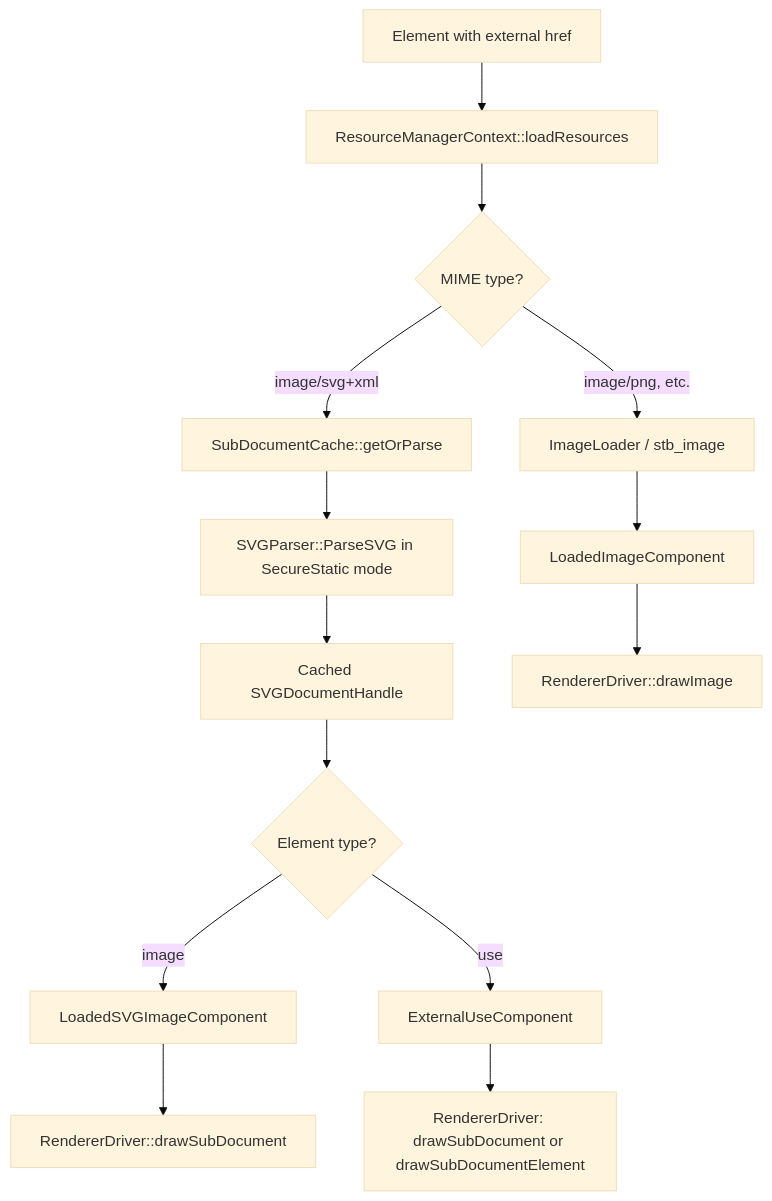
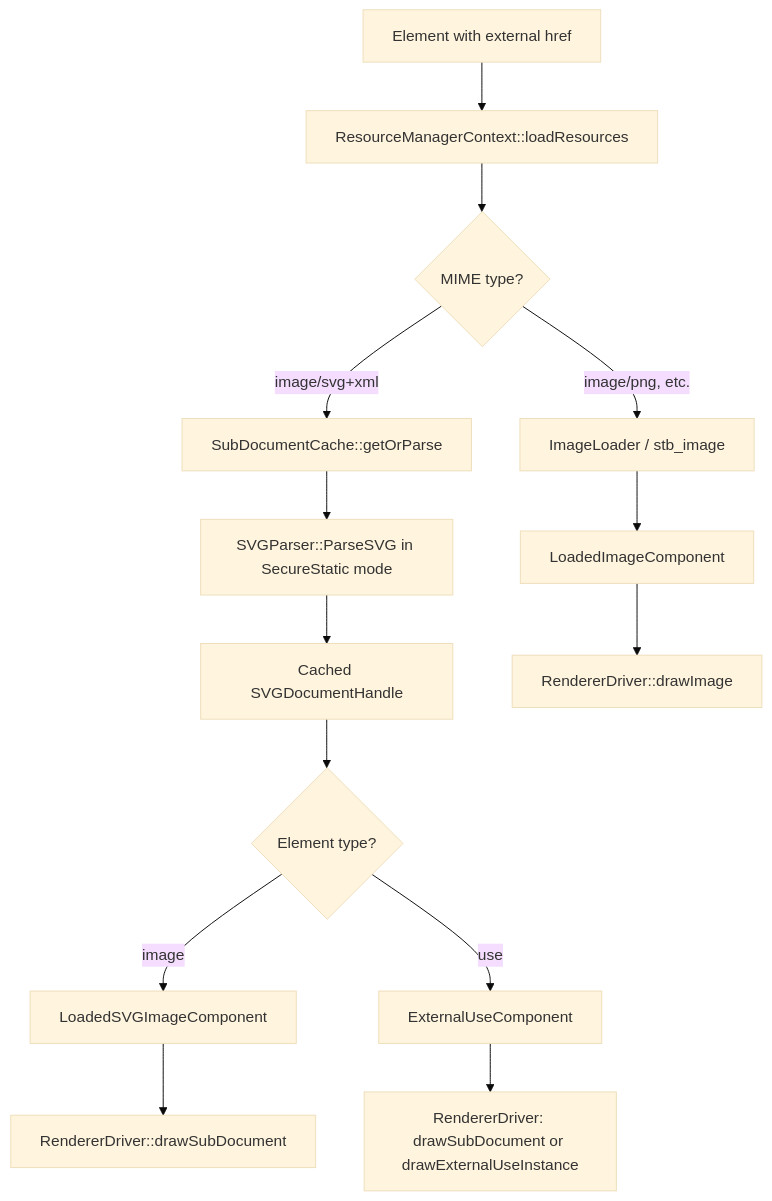
The first of 2 diagrams in docs/design_docs/0004-external_svg_references.md (jwmcglynn/donner), drawn with Mermaid (base theme) before and after one commit. The commit also changed 16 other files, not shown here.

````diff
--- a/docs/design_docs/0004-external_svg_references.md
+++ b/docs/design_docs/0004-external_svg_references.md
@@ -31,16 +31,16 @@
 ```mermaid
 flowchart TD
     A["Element with external href"] --> B[ResourceManagerContext::loadResources]
     B --> C{MIME type?}
     C -->|image/svg+xml| D[SubDocumentCache::getOrParse]
     C -->|image/png, etc.| E[ImageLoader / stb_image]
     D --> F[SVGParser::ParseSVG in SecureStatic mode]
     F --> G[Cached SVGDocumentHandle]
     G --> H{Element type?}
     H -->|image| I[LoadedSVGImageComponent]
     H -->|use| J[ExternalUseComponent]
     E --> K[LoadedImageComponent]
     I --> L[RendererDriver::drawSubDocument]
-    J --> M[RendererDriver: drawSubDocument or drawSubDocumentElement]
+    J --> M[RendererDriver: drawSubDocument or drawExternalUseInstance]
     K --> N[RendererDriver::drawImage]
 ```
````
